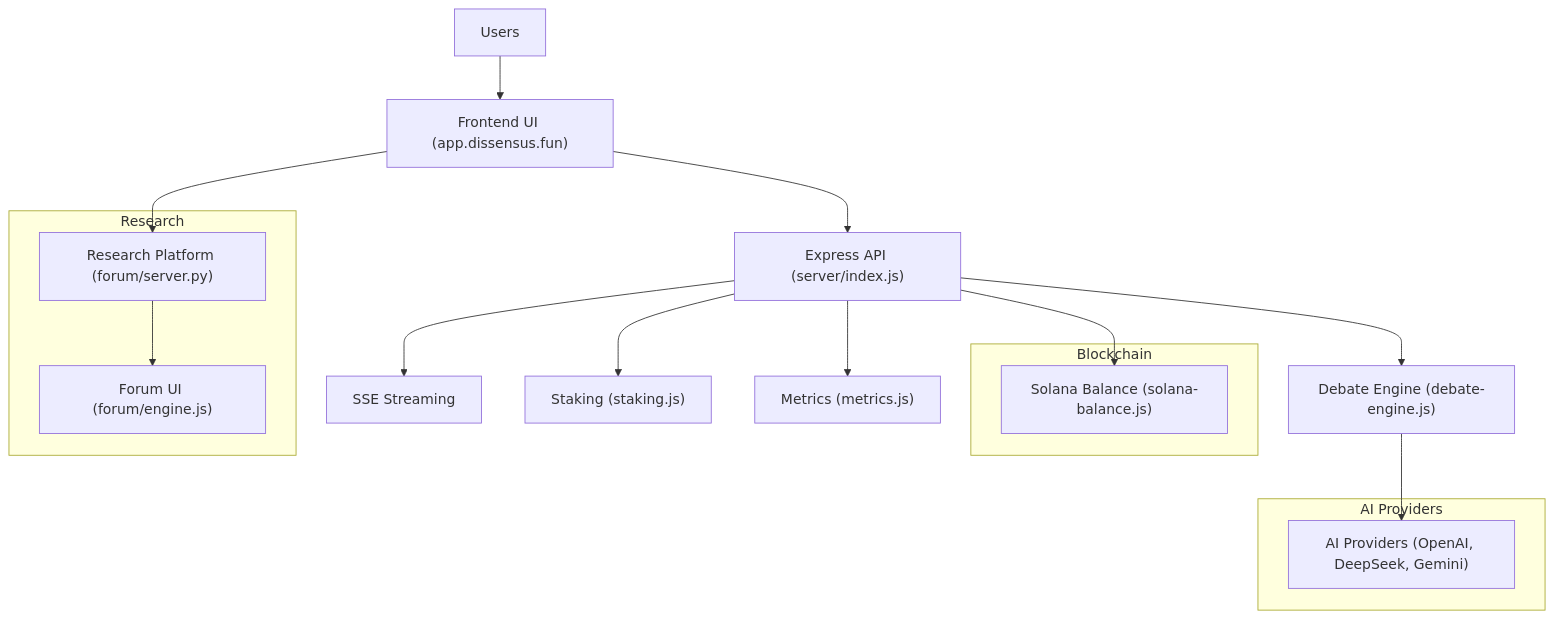
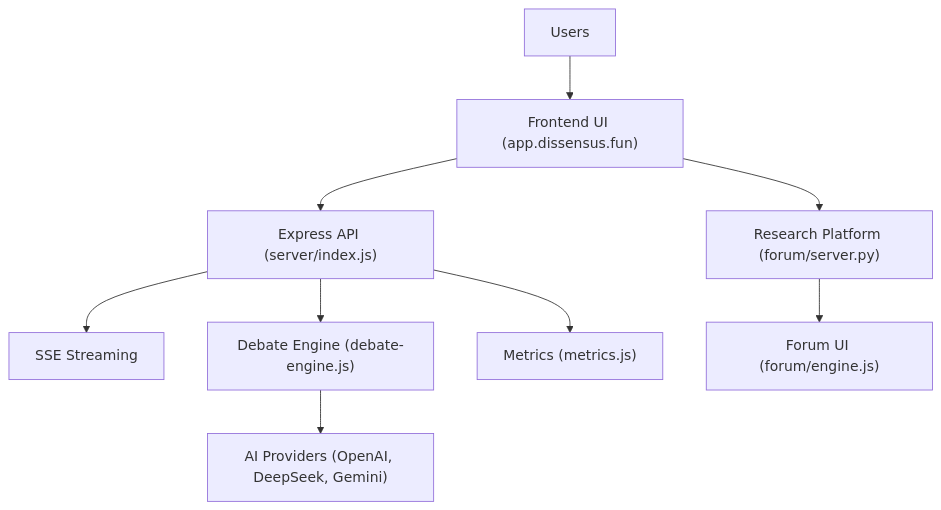
One commit to RunTimeAdmin/tri-ai changed the second of 10 diagrams in .qoder/repowiki/en/content/System Architecture/System Architecture.md. Above: the diagram before and after it, drawn with Mermaid. The commit also changed other lines of this file and 46 other files, not shown here.

````diff
--- a/.qoder/repowiki/en/content/System Architecture/System Architecture.md
+++ b/.qoder/repowiki/en/content/System Architecture/System Architecture.md
@@ -140,23 +131,11 @@
 ```mermaid
 graph TB
 Internet["Users"] --> FE_UI["Frontend UI (app.dissensus.fun)"]
 FE_UI --> API["Express API (server/index.js)"]
 API --> SSE["SSE Streaming"]
 API --> ORCH["Debate Engine (debate-engine.js)"]
-API --> SOL["Solana Balance (solana-balance.js)"]
-API --> STAKE["Staking (staking.js)"]
 API --> METRICS["Metrics (metrics.js)"]
 ORCH --> AI_Providers["AI Providers (OpenAI, DeepSeek, Gemini)"]
 FE_UI --> RESEARCH["Research Platform (forum/server.py)"]
 RESEARCH --> RESEARCH_UI["Forum UI (forum/engine.js)"]
-subgraph "Blockchain"
-SOL
-end
-subgraph "AI Providers"
-AI_Providers
-end
-subgraph "Research"
-RESEARCH
-RESEARCH_UI
-end
 ```
````
